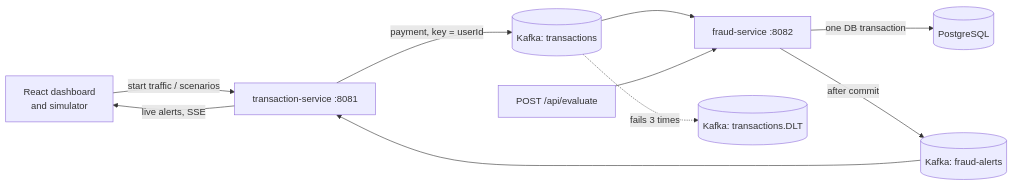
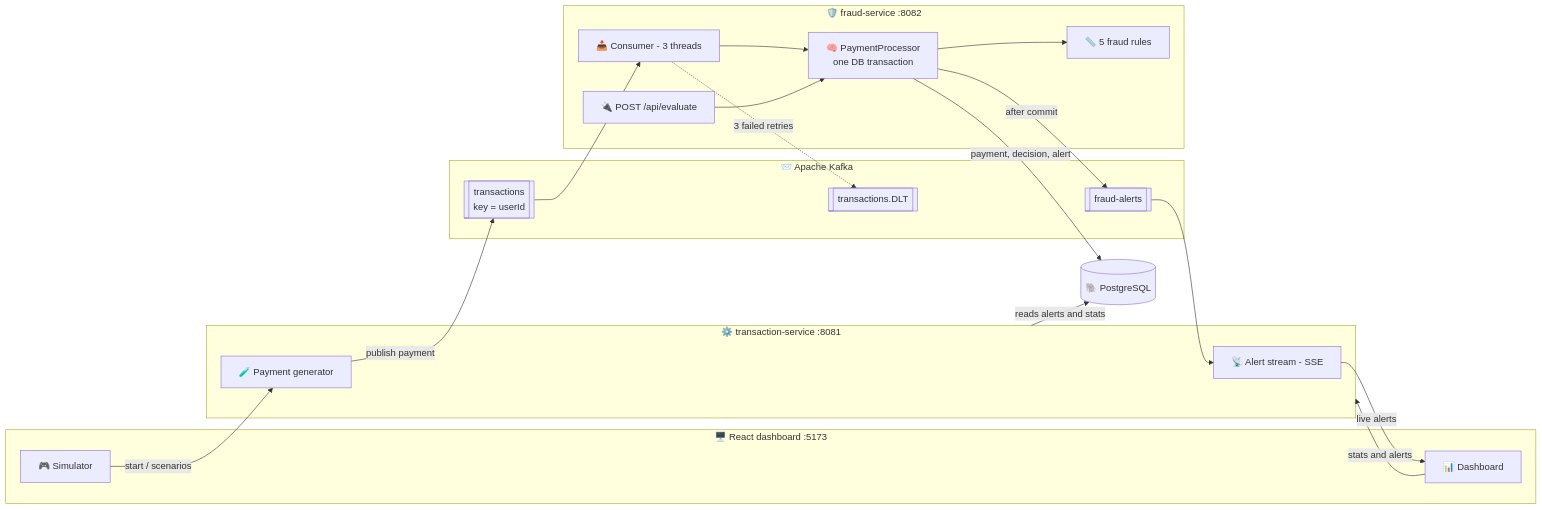
The first of 2 diagrams in README.md (Shreshtha9/realtime-spring-fraud-detection), drawn with Mermaid before and after one commit. The commit also changed other lines of this file and 2 other files, not shown here.

Commit message:
Complete project: decision pipeline, README with diagrams

````diff
--- a/README.md
+++ b/README.md
@@ -13,12 +33,40 @@
 ```mermaid
 flowchart LR
-    UI[React dashboard<br/>and simulator] -->|start traffic / scenarios| TS[transaction-service :8081]
-    TS -->|payment, key = userId| K1[(Kafka: transactions)]
-    K1 --> FS[fraud-service :8082]
-    API[POST /api/evaluate] --> FS
-    FS -->|one DB transaction| DB[(PostgreSQL)]
-    K1 -. fails 3 times .-> DLT[(Kafka: transactions.DLT)]
-    FS -->|after commit| K2[(Kafka: fraud-alerts)]
-    K2 --> TS
-    TS -->|live alerts, SSE| UI
+    subgraph UI["🖥️ React dashboard :5173"]
+        SIM["🎮 Simulator"]
+        DASH["📊 Dashboard"]
+    end
+
+    subgraph TS["⚙️ transaction-service :8081"]
+        GEN["🧪 Payment generator"]
+        SSE["📡 Alert stream - SSE"]
+    end
+
+    subgraph K["📨 Apache Kafka"]
+        T1[["transactions<br/>key = userId"]]
+        T2[["fraud-alerts"]]
+        DLT[["transactions.DLT"]]
+    end
+
+    subgraph FS["🛡️ fraud-service :8082"]
+        CONS["📥 Consumer - 3 threads"]
+        PROC["🧠 PaymentProcessor<br/>one DB transaction"]
+        RULES["📏 5 fraud rules"]
+        API["🔌 POST /api/evaluate"]
+    end
+
+    DB[("🐘 PostgreSQL")]
+
+    SIM -->|start / scenarios| GEN
+    GEN -->|publish payment| T1
+    T1 --> CONS --> PROC
+    API --> PROC
+    PROC --> RULES
+    PROC -->|payment, decision, alert| DB
+    PROC -->|after commit| T2
+    CONS -. 3 failed retries .-> DLT
+    T2 --> SSE
+    SSE -->|live alerts| DASH
+    DASH -->|stats and alerts| TS
+    TS -->|reads alerts and stats| DB
 ```
````
